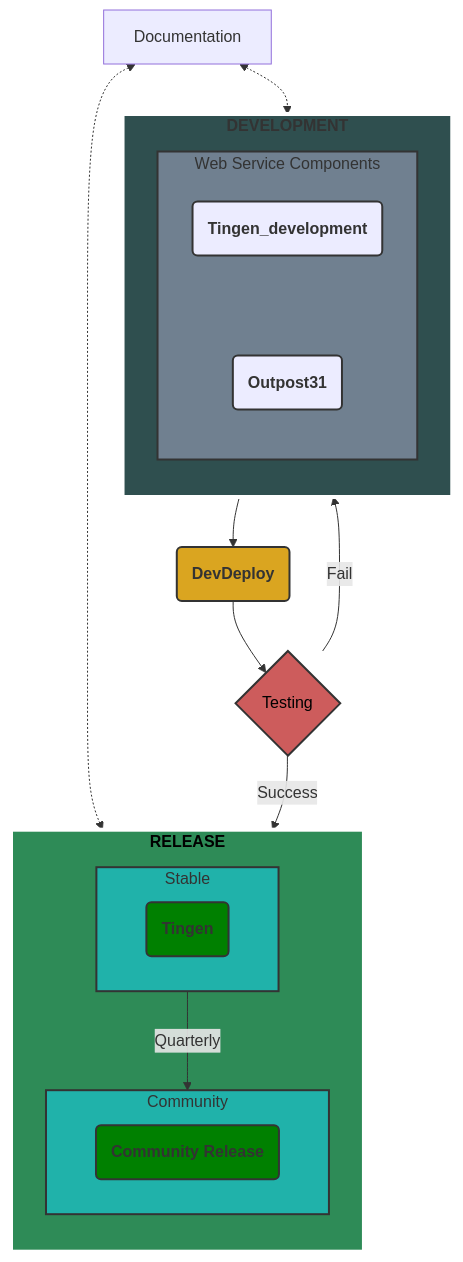
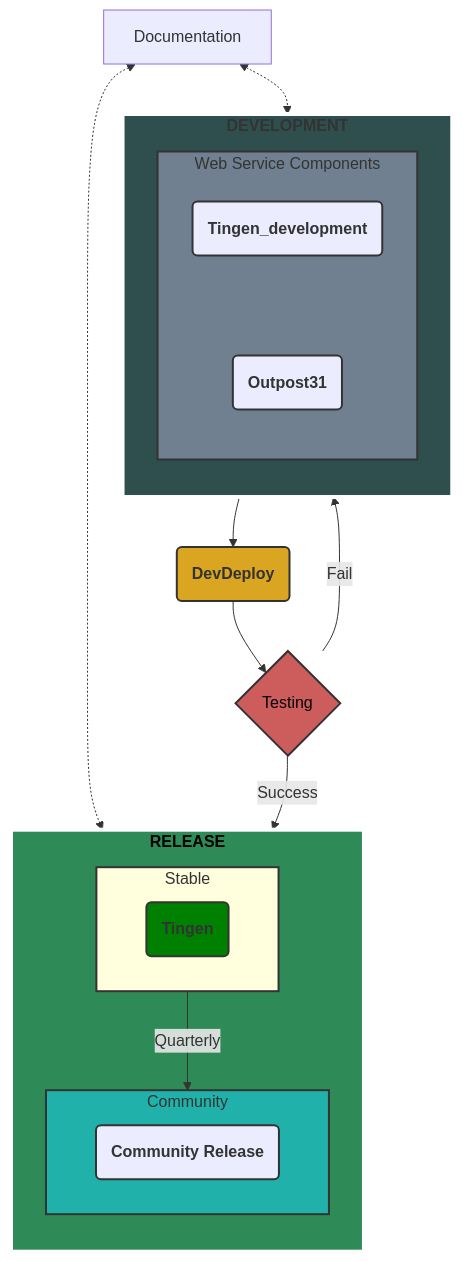
One commit to spectrum-health-systems/Tingen changed the diagram in README.md. Above: the diagram before and after it, drawn with Mermaid.

````diff
--- a/README.md
+++ b/README.md
@@ -46,44 +46,44 @@
 ```mermaid
 flowchart TB
   Documentation <-.-> Development
   Documentation <-.-> Release
   subgraph Development["`**DEVELOPMENT**`"]
     direction TB
       subgraph WebServiceComponents["Web Service Components"]
         direction TB
         TingenDevelopment("`**Tingen_development**`") ~~~ Outpost31("`**Outpost31**`") 
       end     
   end
     Development --> DevDeploy("`**DevDeploy**`") --> Testing{"Testing"}
     Testing -- Fail --> Development
     Testing -- Success --> Release
   subgraph Release["`**RELEASE**`"]
     direction TB
       subgraph Stable["Stable"]
         Tingen("`**Tingen**`")
       end
       subgraph Community["Community"]
         CommunityRelease("`**Community Release**`")
       end   
   end
   Stable -- Quarterly --> Community
 
   style Development fill:darkslategrey,stroke:#FFFFFF,stroke-width:4px
   style WebServiceComponents fill:slategrey,stroke:#333,stroke-width:2px
   style TingenDevelopment fill:000000,stroke:#333,stroke-width:2px
   style Outpost31 fill:000000,stroke:#333,stroke-width:2px
   style DevDeploy fill:goldenrod,stroke:#333,stroke-width:2px        
   style Testing fill:indianred,stroke:#333,stroke-width:2px,color:#000000 
   style Release fill:seagreen,stroke:#FFFFFF,stroke-width:4px,color:black
-  style Stable fill:lightseagreen,stroke:#333,stroke-width:2px
+  style Stable fill:000000,stroke:#333,stroke-width:2px
   style Tingen fill:green,stroke:#333,stroke-width:2px
   style Community fill:lightseagreen,stroke:#333,stroke-width:2px
-  style CommunityRelease fill:green,stroke:#333,stroke-width:2px
+  style CommunityRelease fill:000000,stroke:#333,stroke-width:2px
 
   click TingenDocumentation "https://github.com/spectrum-health-systems/Tingen-Documentation"
   click TingenDevelopment "https://github.com/spectrum-health-systems/Tingen_development"
   click Outpost31 "https://github.com/spectrum-health-systems/Outpost31"
   click DevDeploy "https://github.com/spectrum-health-systems/Tingen-DevDeploy"
   click Tingen "https://github.com/spectrum-health-systems/Tingen"
   click CommunityRelease "https://github.com/spectrum-health-systems/Tingen-CommunityRelease"
 ```
````
